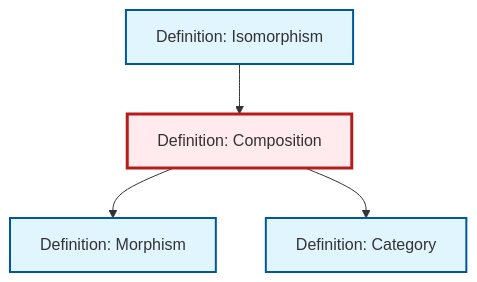
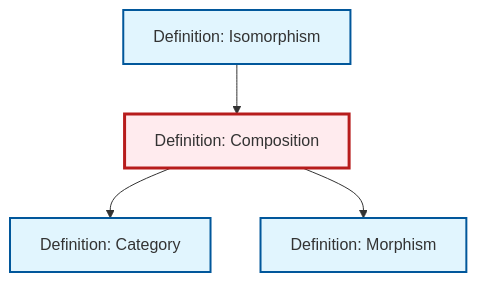
Before and after one commit to RK0429/ModernMath: the diagram in content/ja/category-theory/def-composition.qmd, drawn with Mermaid. The commit also changed other lines of this file and 554 other files, not shown here.

````diff
--- a/content/ja/category-theory/def-composition.qmd
+++ b/content/ja/category-theory/def-composition.qmd
@@ -93,20 +93,20 @@
 ```{mermaid}
 %%| fig-cap: "Local dependency graph"
 graph TD
     classDef definition fill:#e1f5fe,stroke:#01579b,stroke-width:2px
     classDef theorem fill:#f3e5f5,stroke:#4a148c,stroke-width:2px
     classDef axiom fill:#fff3e0,stroke:#e65100,stroke-width:2px
     classDef example fill:#e8f5e9,stroke:#1b5e20,stroke-width:2px
     classDef current fill:#ffebee,stroke:#b71c1c,stroke-width:3px
+    def-category["Definition: Category"]:::definition
+    def-isomorphism["Definition: Isomorphism"]:::definition
     def-morphism["Definition: Morphism"]:::definition
-    def-isomorphism["Definition: Isomorphism"]:::definition
     def-composition["Definition: Composition"]:::definition
-    def-category["Definition: Category"]:::definition
-    def-composition --> def-morphism
     def-isomorphism --> def-composition
     def-composition --> def-category
+    def-composition --> def-morphism
     class def-composition current
+    click def-category "def-category.html" "Definition: Categoryへ"
+    click def-isomorphism "def-isomorphism.html" "Definition: Isomorphismへ"
     click def-morphism "def-morphism.html" "Definition: Morphismへ"
-    click def-isomorphism "def-isomorphism.html" "Definition: Isomorphismへ"
-    click def-category "def-category.html" "Definition: Categoryへ"
 ```
````
